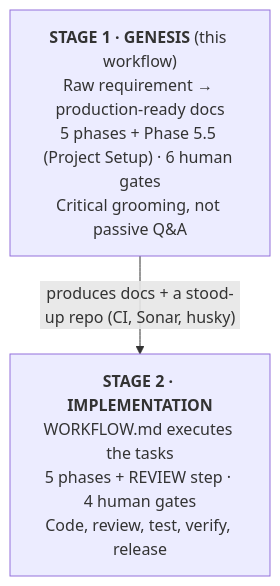
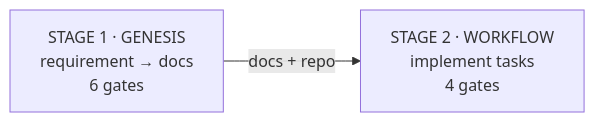
Before and after one commit to Schitzos/workflow: the second of 2 diagrams in .genesis/README.md, drawn with Mermaid. The commit also changed other lines of this file and 8 other files, not shown here.

````diff
--- a/.genesis/README.md
+++ b/.genesis/README.md
@@ -58,6 +81,4 @@
 ```mermaid
-flowchart TB
-    S1["<b>STAGE 1 · GENESIS</b> (this workflow)<br/>Raw requirement → production-ready docs<br/>5 phases + Phase 5.5 (Project Setup) · 6 human gates<br/>Critical grooming, not passive Q&A"]
-    S2["<b>STAGE 2 · IMPLEMENTATION</b><br/>WORKFLOW.md executes the tasks<br/>5 phases + REVIEW step · 4 human gates<br/>Code, review, test, verify, release"]
-    S1 -->|"produces docs + a stood-up repo (CI, Sonar, husky)"| S2
+flowchart LR
+    S1["STAGE 1 · GENESIS<br/>requirement → docs<br/>6 gates"] -->|"docs + repo"| S2["STAGE 2 · WORKFLOW<br/>implement tasks<br/>4 gates"]
 ```
````
